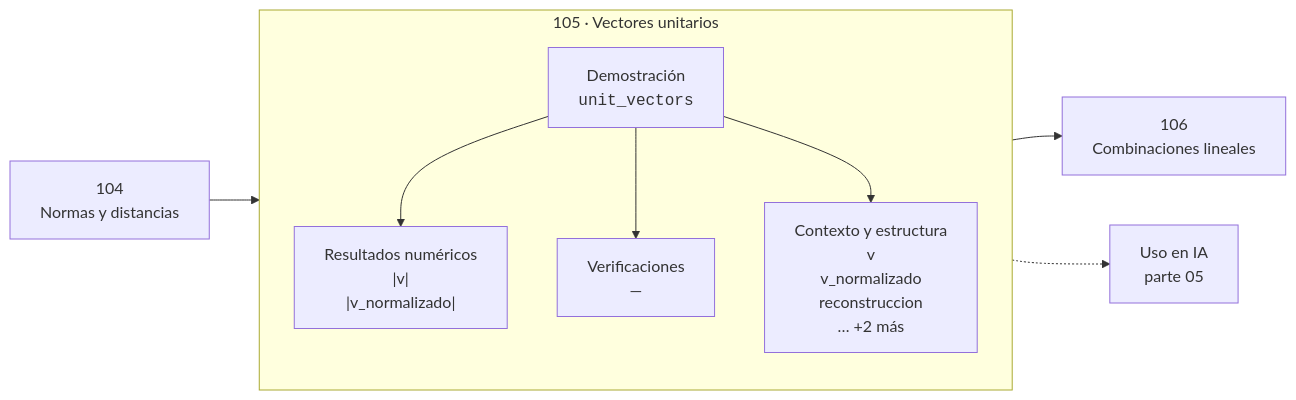
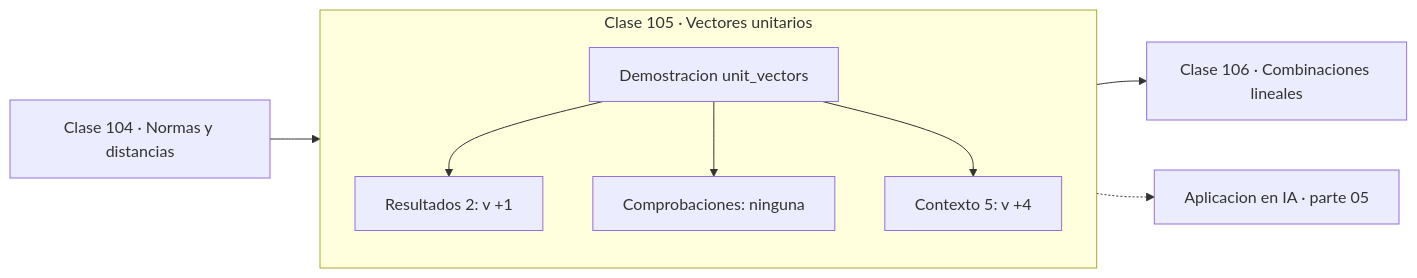
Before and after one commit to vladimiracunadev-create/computational-mathematics-program: the diagram in classes/part-05-algebra-lineal-i-vectores-y-matrices/105-vectores-unitarios/README.md, drawn with Mermaid. The commit also changed 389 other files, not shown here.

First line of the commit message:
fix(diagramas): elimina el HTML de las etiquetas Mermaid

````diff
--- a/classes/part-05-algebra-lineal-i-vectores-y-matrices/105-vectores-unitarios/README.md
+++ b/classes/part-05-algebra-lineal-i-vectores-y-matrices/105-vectores-unitarios/README.md
@@ -30,12 +30,13 @@
 ```mermaid
 flowchart LR
-    P["104<br/>Normas y distancias"] --> C
-    subgraph C["105 · Vectores unitarios"]
+    P["Clase 104 · Normas y distancias"] --> D
+    subgraph CLASE["Clase 105 · Vectores unitarios"]
         direction TB
-        D["Demostración<br/><code>unit_vectors</code>"] --> R["Resultados numéricos<br/>|v|<br/>|v_normalizado|"]
-        D --> V["Verificaciones<br/>—"]
-        D --> O["Contexto y estructura<br/>v<br/>v_normalizado<br/>reconstruccion<br/>… +2 más"]
+        D["Demostracion unit_vectors"]
+        D --> R["Resultados 2: v +1"]
+        D --> V["Comprobaciones: ninguna"]
+        D --> O["Contexto 5: v +4"]
     end
-    C --> N["106<br/>Combinaciones lineales"]
-    C -.-> IA["Uso en IA<br/>parte 05"]
+    R --> N["Clase 106 · Combinaciones lineales"]
+    V -.-> IA["Aplicacion en IA · parte 05"]
 ```
````
